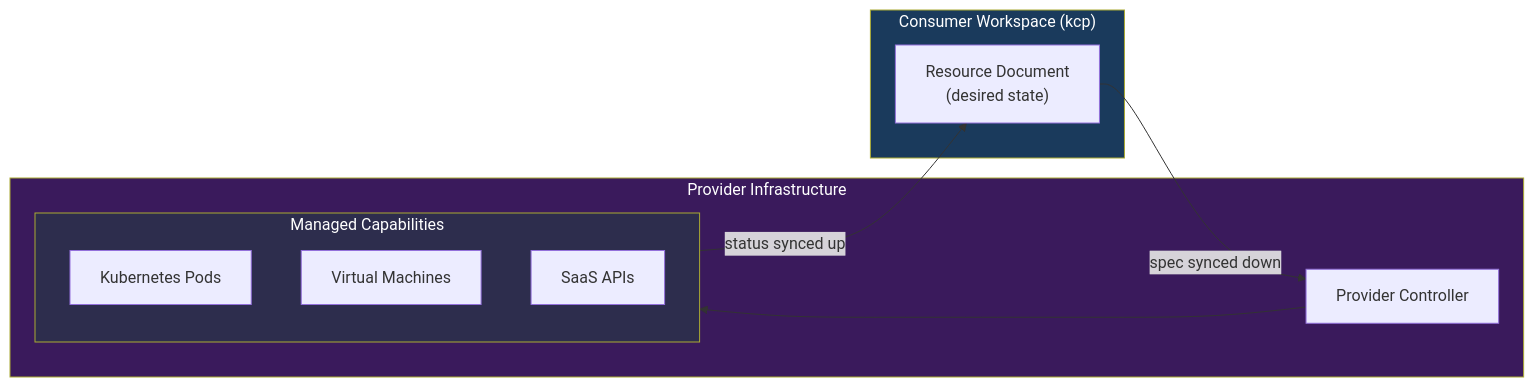
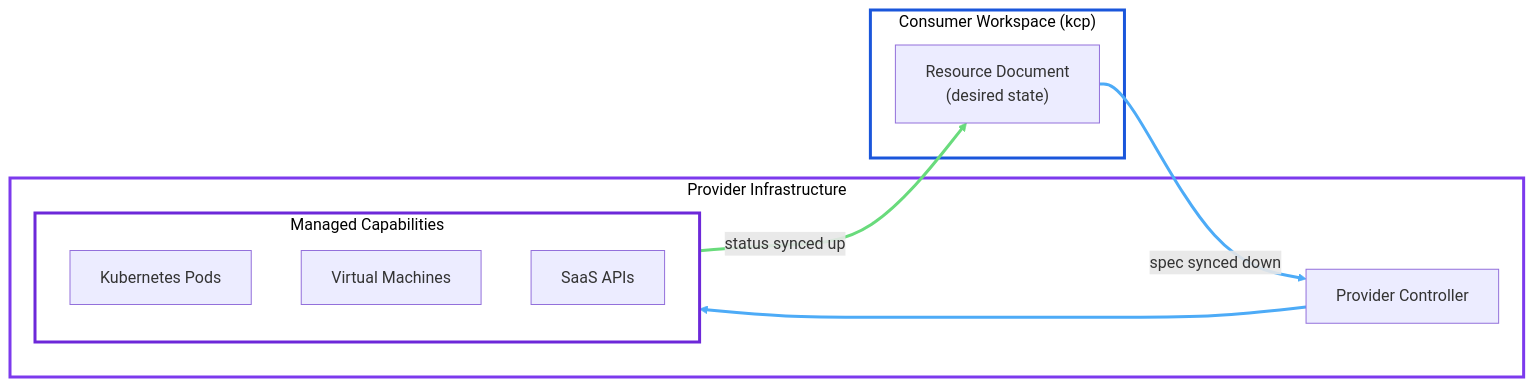
One commit to platform-mesh/platform-mesh.github.io changed the first of 2 diagrams in overview/providers.md. Above: the diagram before and after it, drawn with Mermaid. The commit also changed other lines of this file and 12 other files, not shown here.

````diff
--- a/overview/providers.md
+++ b/overview/providers.md
@@ -16,23 +16,27 @@
 ```mermaid
 flowchart LR
     subgraph consumer["Consumer Workspace (kcp)"]
         resource["Resource Document<br>(desired state)"]
     end
 
     subgraph provider["Provider Infrastructure"]
         controller["Provider Controller"]
         subgraph runtime["Managed Capabilities"]
             k8s["Kubernetes Pods"]
             vm["Virtual Machines"]
             saas["SaaS APIs"]
         end
     end
 
     resource -- "spec synced down" --> controller
     controller --> runtime
     runtime -- "status synced up" --> resource
 
-    style consumer fill:#1a3a5c,color:#fff
-    style provider fill:#3a1a5c,color:#fff
-    style runtime fill:#2d2d4d,color:#fff
+    style consumer fill:none,stroke:#1a56db,stroke-width:3px,color:inherit
+    style provider fill:none,stroke:#7c3aed,stroke-width:3px,color:inherit
+    style runtime fill:none,stroke:#6d28d9,stroke-width:3px,color:inherit
+
+    linkStyle 0 stroke:#4dabf7,stroke-width:3px
+    linkStyle 1 stroke:#4dabf7,stroke-width:3px
+    linkStyle 2 stroke:#69db7c,stroke-width:3px
 ```
````
